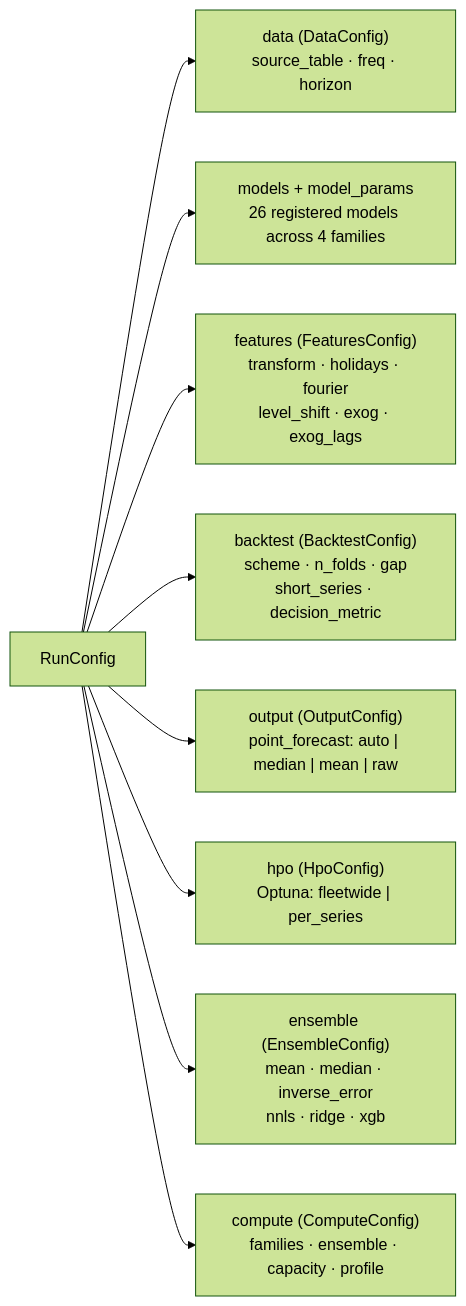
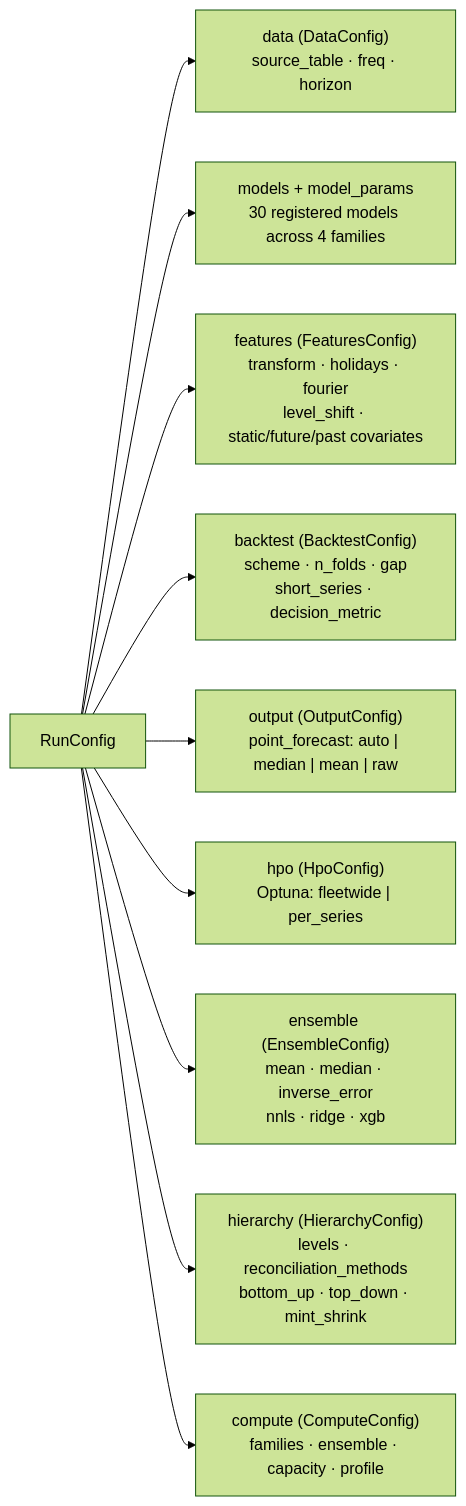
One commit to statmike/scale-forecasting changed the diagram in docs/configuration_reference.md. Above: the diagram before and after it, drawn with Mermaid (forest theme). The commit also changed other lines of this file and 14 other files, not shown here.

Commit message:
feat(hierarchy): add Hyndman FPP3 hierarchical forecast reconciliation and Phase B docs (Milestone B.3)

````diff
--- a/docs/configuration_reference.md
+++ b/docs/configuration_reference.md
@@ -35,11 +36,12 @@
 ```mermaid
 flowchart LR
     RunCfg["RunConfig"] --> Data["data (DataConfig)\nsource_table · freq · horizon"]
-    RunCfg --> Models["models + model_params\n26 registered models across 4 families"]
-    RunCfg --> Feat["features (FeaturesConfig)\ntransform · holidays · fourier\nlevel_shift · exog · exog_lags"]
+    RunCfg --> Models["models + model_params\n30 registered models across 4 families"]
+    RunCfg --> Feat["features (FeaturesConfig)\ntransform · holidays · fourier\nlevel_shift · static/future/past covariates"]
     RunCfg --> BT["backtest (BacktestConfig)\nscheme · n_folds · gap\nshort_series · decision_metric"]
     RunCfg --> Out["output (OutputConfig)\npoint_forecast: auto | median | mean | raw"]
     RunCfg --> HPO["hpo (HpoConfig)\nOptuna: fleetwide | per_series"]
     RunCfg --> Ens["ensemble (EnsembleConfig)\nmean · median · inverse_error\nnnls · ridge · xgb"]
+    RunCfg --> Hier["hierarchy (HierarchyConfig)\nlevels · reconciliation_methods\nbottom_up · top_down · mint_shrink"]
     RunCfg --> Comp["compute (ComputeConfig)\nfamilies · ensemble · capacity · profile"]
 ```
````
